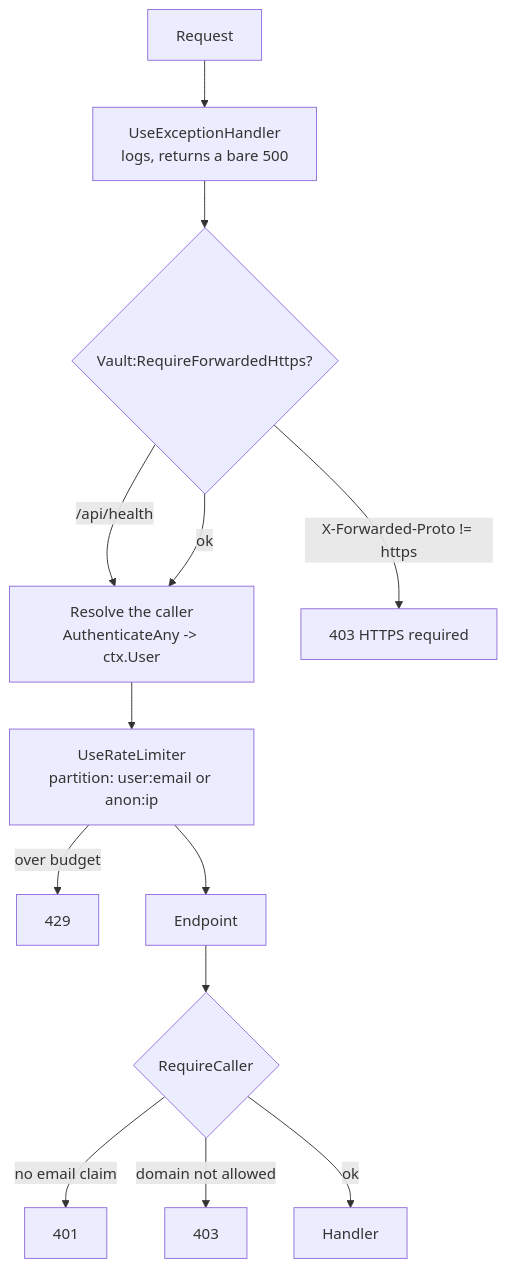
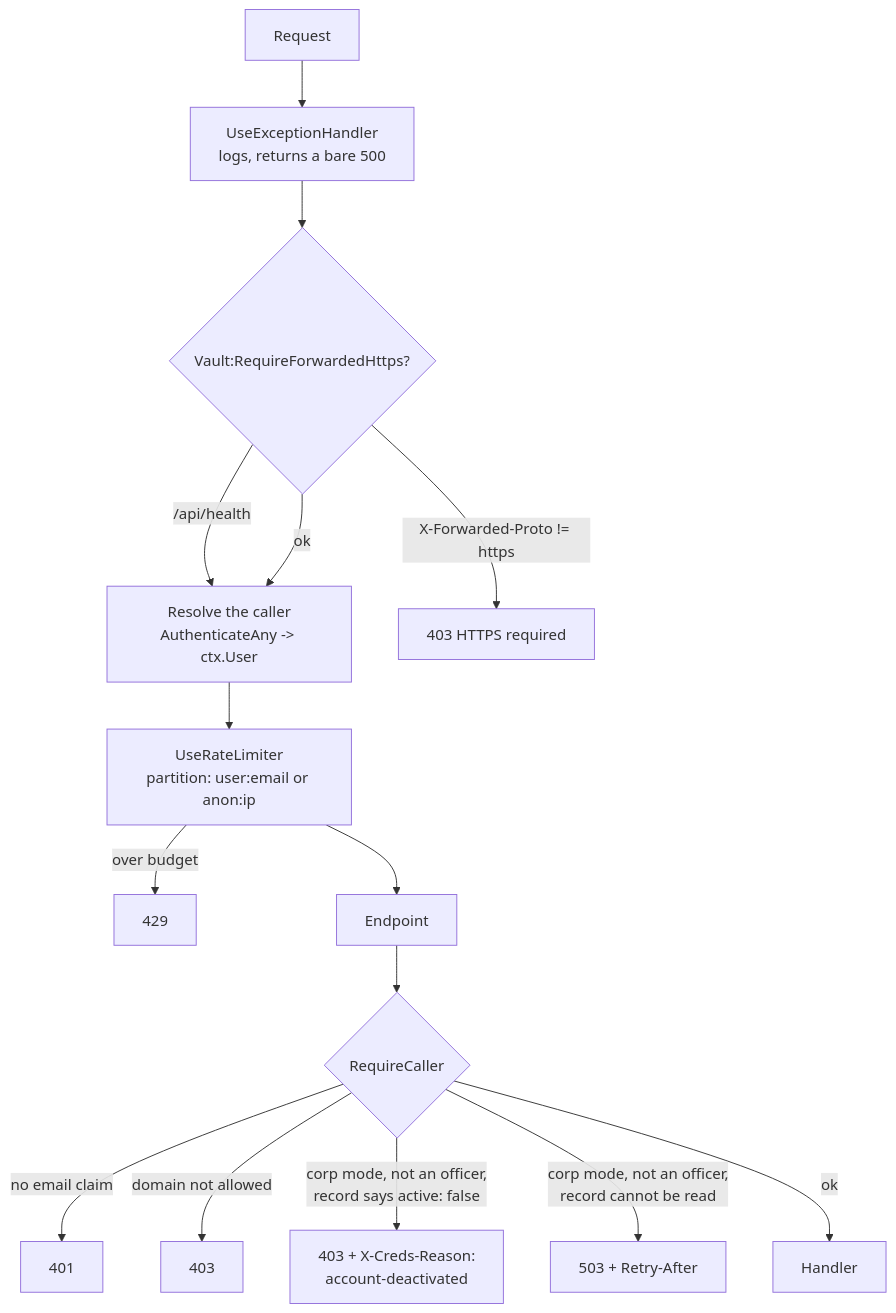
One commit to oleksandrdubyna88/dew_flow_creds_for_devs changed the diagram in research/module_server.md. Above: the diagram before and after it, drawn with Mermaid. The commit also changed other lines of this file and 25 other files, not shown here.

````diff
--- a/research/module_server.md
+++ b/research/module_server.md
@@ -50,15 +52,17 @@
 ```mermaid
 flowchart TD
     A[Request] --> B[UseExceptionHandler<br/>logs, returns a bare 500]
     B --> C{Vault:RequireForwardedHttps?}
     C -->|"/api/health"| E
     C -->|"X-Forwarded-Proto != https"| D[403 HTTPS required]
     C -->|ok| E[Resolve the caller<br/>AuthenticateAny -> ctx.User]
     E --> F[UseRateLimiter<br/>partition: user:email or anon:ip]
     F -->|over budget| G[429]
     F --> H[Endpoint]
     H --> I{RequireCaller}
     I -->|no email claim| J[401]
     I -->|domain not allowed| K[403]
+    I -->|"corp mode, not an officer,<br/>record says active: false"| M["403 + X-Creds-Reason:<br/>account-deactivated"]
+    I -->|"corp mode, not an officer,<br/>record cannot be read"| N[503 + Retry-After]
     I -->|ok| L[Handler]
 ```
````
